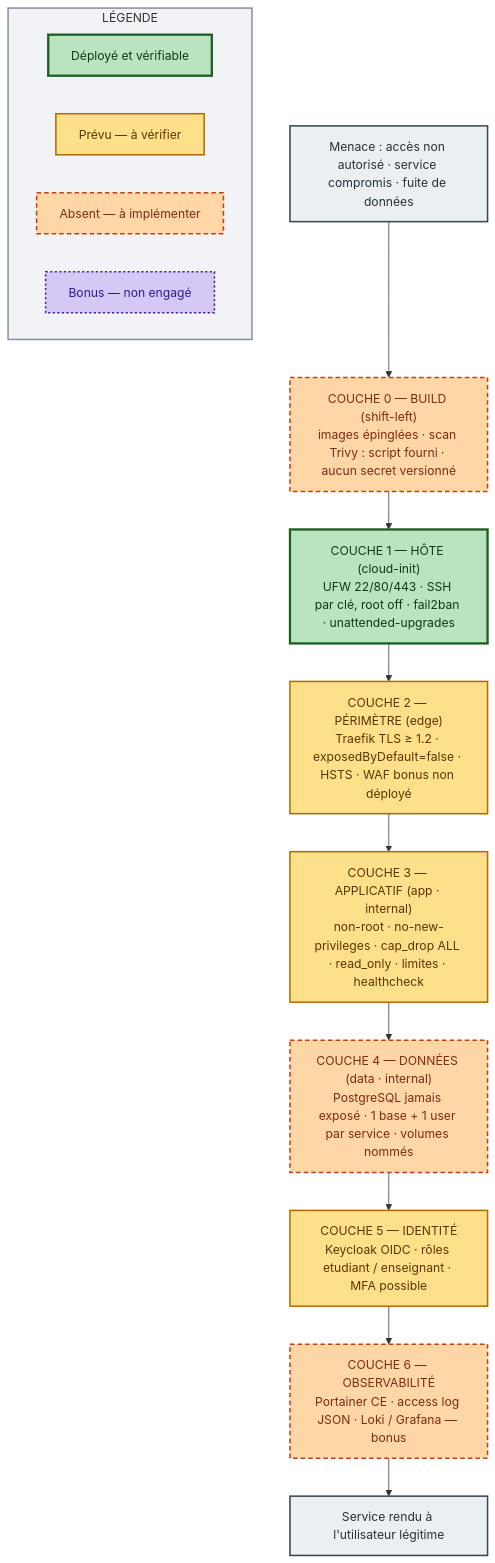
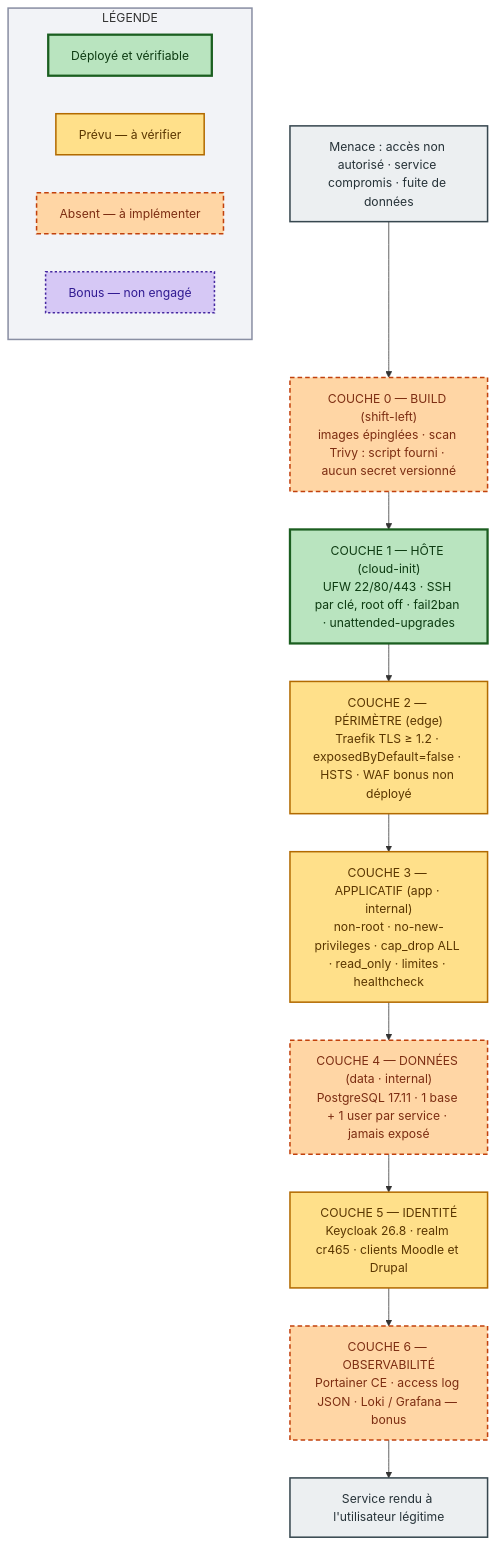
The diagram in docs/architecture/05-defense-en-profondeur.md (20GHhub19/CR465-travail-de-session), drawn with Mermaid before and after one commit. The commit also changed 7 other files, not shown here.

First line of the commit message:
docs: deploiement, journal des modifications et schemas a jour

````diff
--- a/docs/architecture/05-defense-en-profondeur.md
+++ b/docs/architecture/05-defense-en-profondeur.md
@@ -10,41 +10,41 @@
 ```mermaid
 flowchart TB
     MENACE["Menace : accès non autorisé · service compromis · fuite de données"]
 
     C0["COUCHE 0 — BUILD (shift-left)<br/>images épinglées · scan Trivy : script fourni · aucun secret versionné"]
     C1["COUCHE 1 — HÔTE (cloud-init)<br/>UFW 22/80/443 · SSH par clé, root off · fail2ban · unattended-upgrades"]
     C2["COUCHE 2 — PÉRIMÈTRE (edge)<br/>Traefik TLS ≥ 1.2 · exposedByDefault=false · HSTS · WAF bonus non déployé"]
     C3["COUCHE 3 — APPLICATIF (app · internal)<br/>non-root · no-new-privileges · cap_drop ALL · read_only · limites · healthcheck"]
-    C4["COUCHE 4 — DONNÉES (data · internal)<br/>PostgreSQL jamais exposé · 1 base + 1 user par service · volumes nommés"]
-    C5["COUCHE 5 — IDENTITÉ<br/>Keycloak OIDC · rôles etudiant / enseignant · MFA possible"]
+    C4["COUCHE 4 — DONNÉES (data · internal)<br/>PostgreSQL 17.11 · 1 base + 1 user par service · jamais exposé"]
+    C5["COUCHE 5 — IDENTITÉ<br/>Keycloak 26.8 · realm cr465 · clients Moodle et Drupal"]
     C6["COUCHE 6 — OBSERVABILITÉ<br/>Portainer CE · access log JSON · Loki / Grafana — bonus"]
 
     SERVICE["Service rendu à l'utilisateur légitime"]
 
     MENACE --> C0 --> C1 --> C2 --> C3 --> C4 --> C5 --> C6 --> SERVICE
 
     subgraph LEG["LÉGENDE"]
         direction LR
         G1["Déployé et vérifiable"]
         G2["Prévu — à vérifier"]
         G3["Absent — à implémenter"]
         G4["Bonus — non engagé"]
     end
 
     classDef deployed fill:#b9e4bf,stroke:#1b5e20,stroke-width:3px,color:#0d3b12
     classDef partial fill:#ffe08a,stroke:#b26a00,stroke-width:2px,color:#5a3600
     classDef toBuild fill:#ffd6a5,stroke:#c2410c,stroke-width:2px,stroke-dasharray:6 4,color:#7c2d12
     classDef bonus fill:#d6c8f5,stroke:#4527a0,stroke-width:2px,stroke-dasharray:3 3,color:#311b92
     classDef zone fill:#f2f3f7,stroke:#8a8fa3,stroke-width:2px
     classDef bookend fill:#eceff1,stroke:#37474f,stroke-width:2px,color:#263238
 
-    class C1 deployed
+    class C1,C4 deployed
     class C2,C3,C5 partial
     class C0,C4,C6 toBuild
     class MENACE,SERVICE bookend
     class G1 deployed
     class G2 partial
     class G3 toBuild
     class G4 bonus
     class LEG zone
 ```
````
